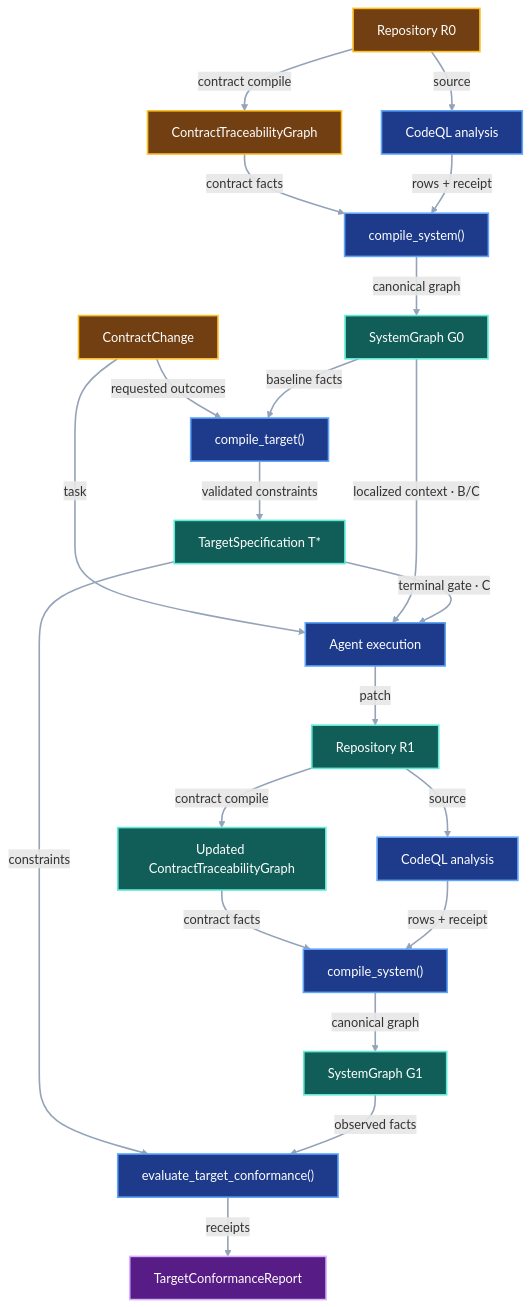
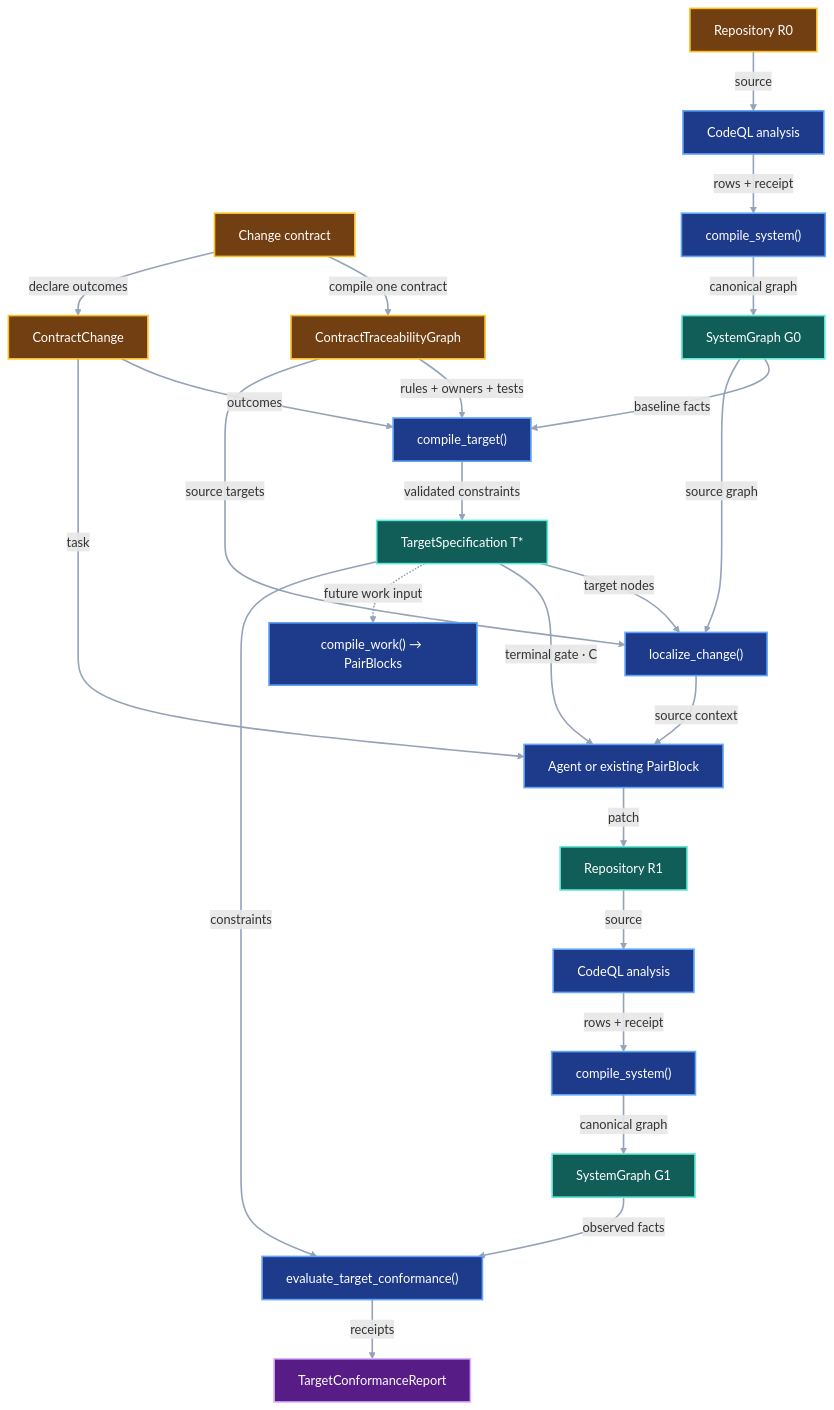
Before and after one commit to pvd232/viper: the first of 4 diagrams in docs/development/system-impact-compiler.md, drawn with Mermaid. The commit also changed other lines of this file and 4 other files, not shown here.

Commit message:
Separate source graph from change traceability

````diff
--- a/docs/development/system-impact-compiler.md
+++ b/docs/development/system-impact-compiler.md
@@ -15,36 +15,41 @@
 ```mermaid
 flowchart TB
+    Contract["Change contract"] -->|"compile one contract"| Q0["ContractTraceabilityGraph"]
+    Contract -->|"declare outcomes"| Change["ContractChange"]
+
     R0["Repository R0"] -->|"source"| Analyze0["CodeQL analysis"]
-    R0 -->|"contract compile"| Q0["ContractTraceabilityGraph"]
-    Q0 -->|"contract facts"| Compile0["compile_system()"]
-    Analyze0 -->|"rows + receipt"| Compile0
+    Analyze0 -->|"rows + receipt"| Compile0["compile_system()"]
     Compile0 -->|"canonical graph"| G0["SystemGraph G0"]
 
-    Change["ContractChange"] -->|"requested outcomes"| Target["compile_target()"]
+    Change -->|"outcomes"| Target["compile_target()"]
+    Q0 -->|"rules + owners + tests"| Target
     G0 -->|"baseline facts"| Target
     Target -->|"validated constraints"| T["TargetSpecification T*"]
 
-    Change -->|"task"| Task["Agent execution"]
-    G0 -->|"localized context · B/C"| Task
+    G0 -->|"source graph"| Localize["localize_change()"]
+    Q0 -->|"source targets"| Localize
+    T -->|"target nodes"| Localize
+    Localize -->|"source context"| Task
+    Change -->|"task"| Task["Agent or existing PairBlock"]
     T -->|"terminal gate · C"| Task
+    T -.->|"future work input"| Work["compile_work() → PairBlocks"]
+
     Task -->|"patch"| R1["Repository R1"]
     R1 -->|"source"| Analyze1["CodeQL analysis"]
-    R1 -->|"contract compile"| Q1["Updated ContractTraceabilityGraph"]
-    Q1 -->|"contract facts"| Compile1["compile_system()"]
-    Analyze1 -->|"rows + receipt"| Compile1
+    Analyze1 -->|"rows + receipt"| Compile1["compile_system()"]
     Compile1 -->|"canonical graph"| G1["SystemGraph G1"]
 
     T -->|"constraints"| Check["evaluate_target_conformance()"]
     G1 -->|"observed facts"| Check
     Check -->|"receipts"| Report["TargetConformanceReport"]
 
-    class R0,Q0,Change input
-    class Analyze0,Analyze1,Compile0,Compile1,Target,Task,Check operation
-    class G0,T,R1,Q1,G1 evidence
+    class Contract,R0,Q0,Change input
+    class Analyze0,Analyze1,Compile0,Compile1,Target,Localize,Task,Work,Check operation
+    class G0,T,R1,G1 evidence
     class Report output
     classDef input fill:#713f12,stroke:#fbbf24,color:#ffffff,stroke-width:2px
     classDef operation fill:#1e3a8a,stroke:#60a5fa,color:#ffffff,stroke-width:2px
     classDef evidence fill:#115e59,stroke:#5eead4,color:#ffffff,stroke-width:2px
     classDef output fill:#581c87,stroke:#d8b4fe,color:#ffffff,stroke-width:2px
     linkStyle default stroke:#94a3b8,stroke-width:2px
 ```
````
